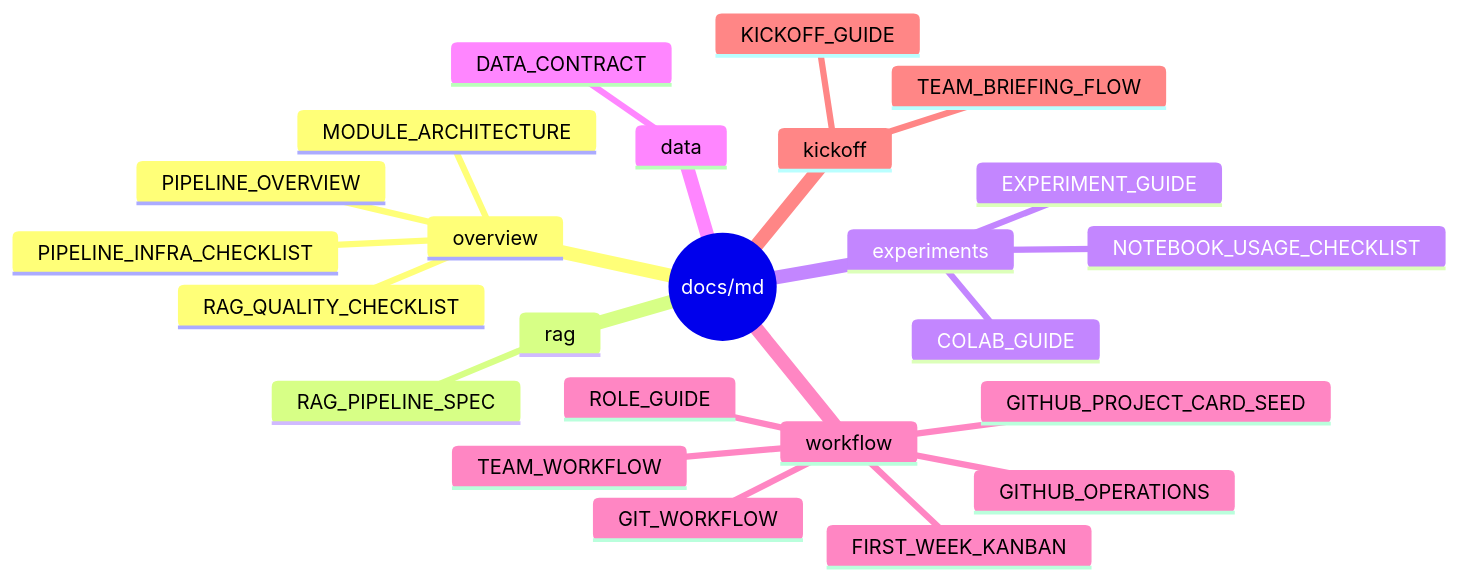
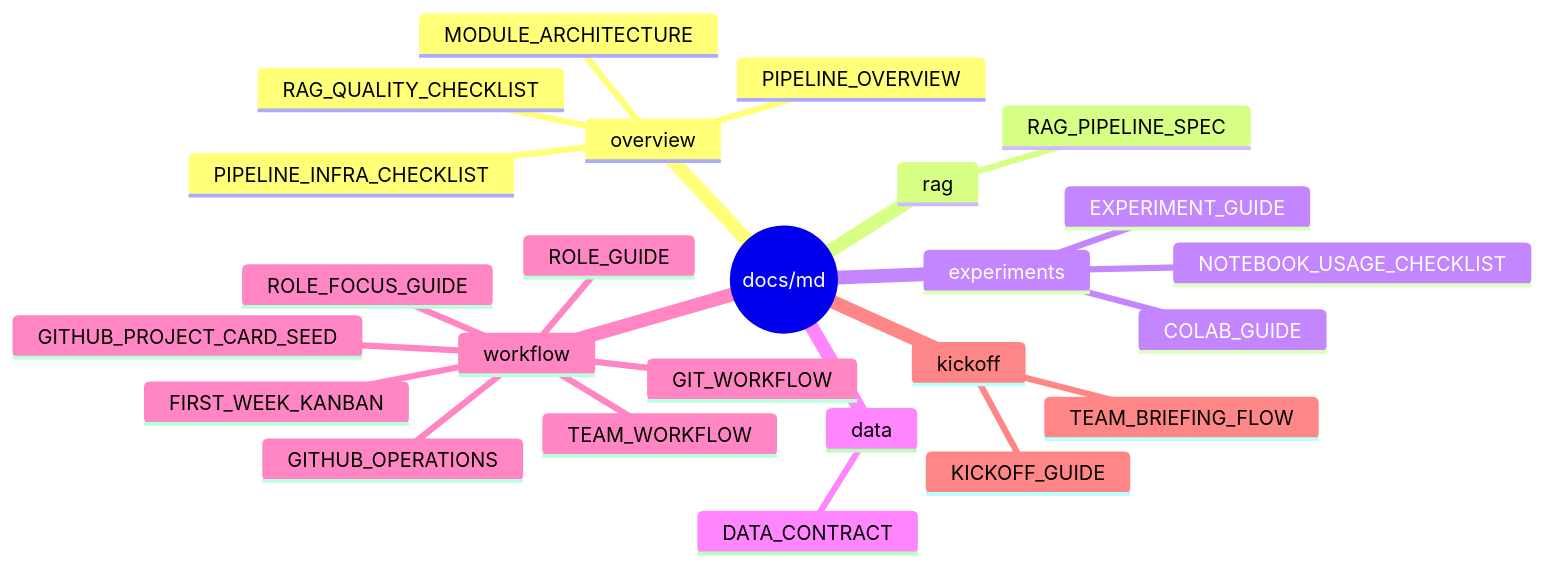
One commit to Codeit-Part3-6Team/Codeit-Part3-6Team-Project changed the diagram in docs/md/README.md. Above: the diagram before and after it, drawn with Mermaid. The commit also changed other lines of this file and 5 other files, not shown here.

````diff
--- a/docs/md/README.md
+++ b/docs/md/README.md
@@ -9,27 +9,28 @@
 ```mermaid
 mindmap
   root((docs/md))
     overview
       PIPELINE_OVERVIEW
       MODULE_ARCHITECTURE
       PIPELINE_INFRA_CHECKLIST
       RAG_QUALITY_CHECKLIST
     rag
       RAG_PIPELINE_SPEC
     experiments
       EXPERIMENT_GUIDE
       COLAB_GUIDE
       NOTEBOOK_USAGE_CHECKLIST
     data
       DATA_CONTRACT
     workflow
       GIT_WORKFLOW
       TEAM_WORKFLOW
       ROLE_GUIDE
+      ROLE_FOCUS_GUIDE
       GITHUB_OPERATIONS
       FIRST_WEEK_KANBAN
       GITHUB_PROJECT_CARD_SEED
     kickoff
       KICKOFF_GUIDE
       TEAM_BRIEFING_FLOW
 ```
````
